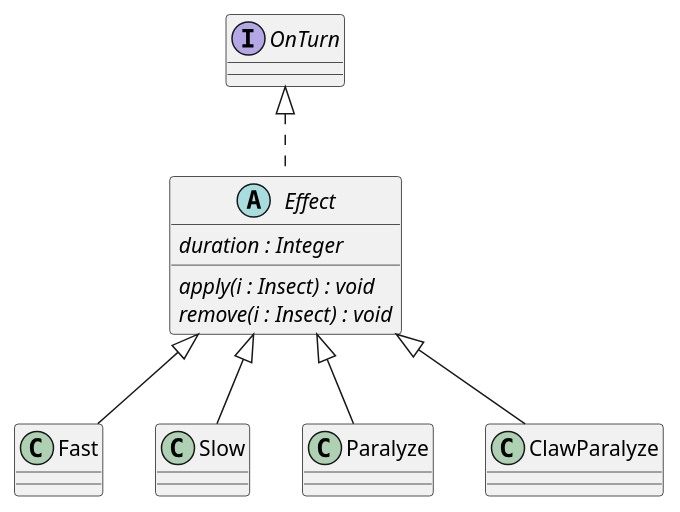
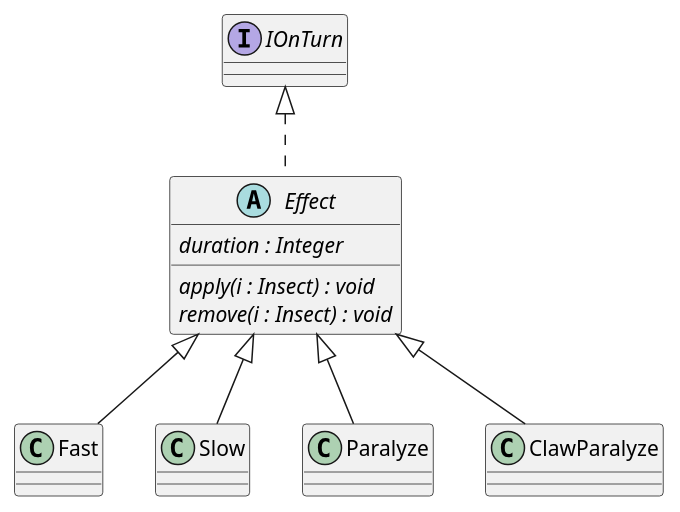
One commit to Petya-G/fungorium changed the diagram in 4/classes/insect/effect.puml. Above: the diagram before and after it, drawn with PlantUML. The commit also changed 8 other files, not shown here.

```diff
--- a/4/classes/insect/effect.puml
+++ b/4/classes/insect/effect.puml
@@ -1,14 +1,14 @@
 @startuml spore
 
-abstract class Effect implements OnTurn{
+abstract class Effect implements IOnTurn{
     {abstract} duration : Integer
     {abstract} apply(i : Insect) : void
     {abstract} remove(i : Insect) : void
 }
 
 class Fast extends Effect {}
 class Slow extends Effect {}
 class Paralyze extends Effect {}
 class ClawParalyze extends Effect {}
 
 @enduml
```
